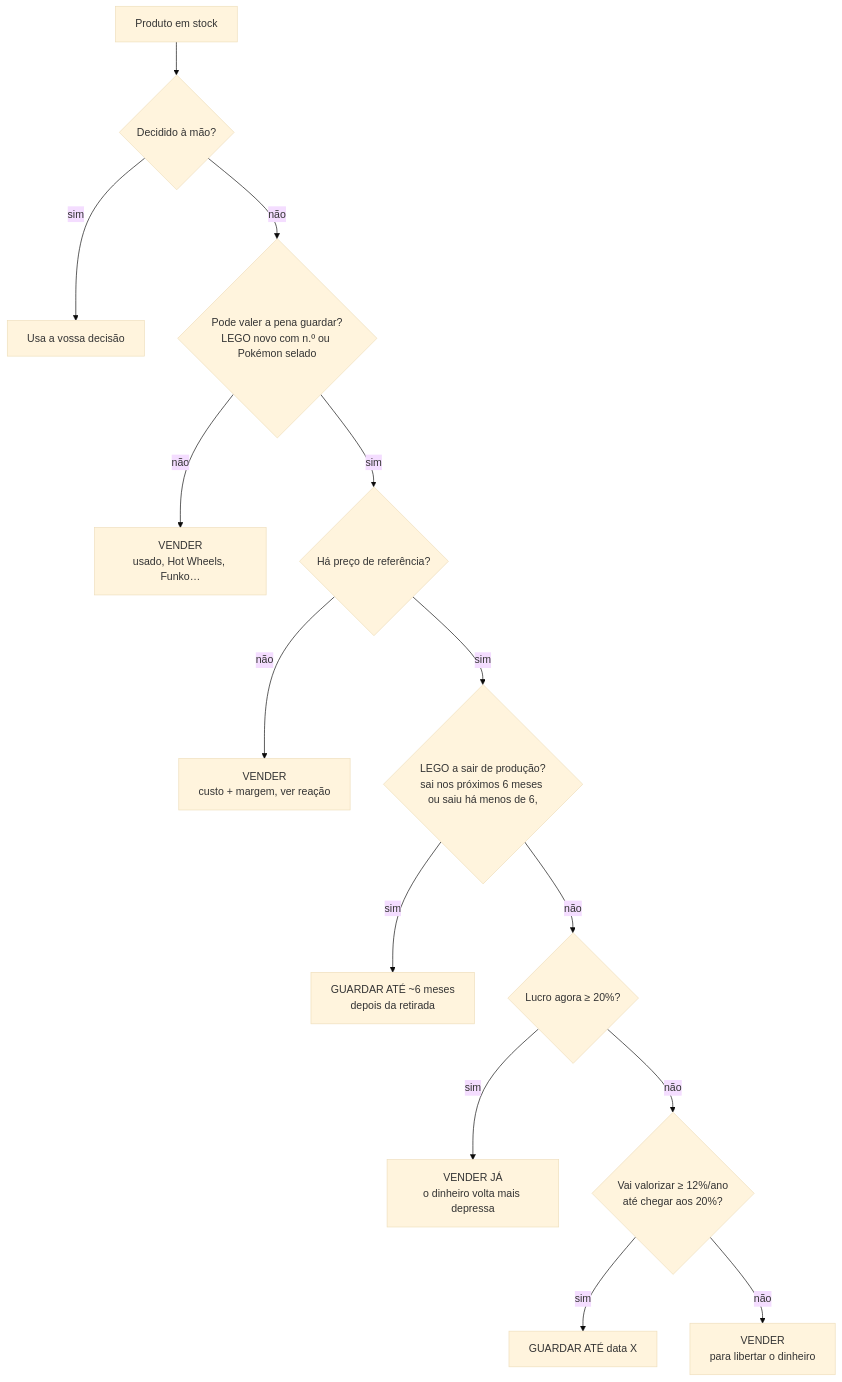
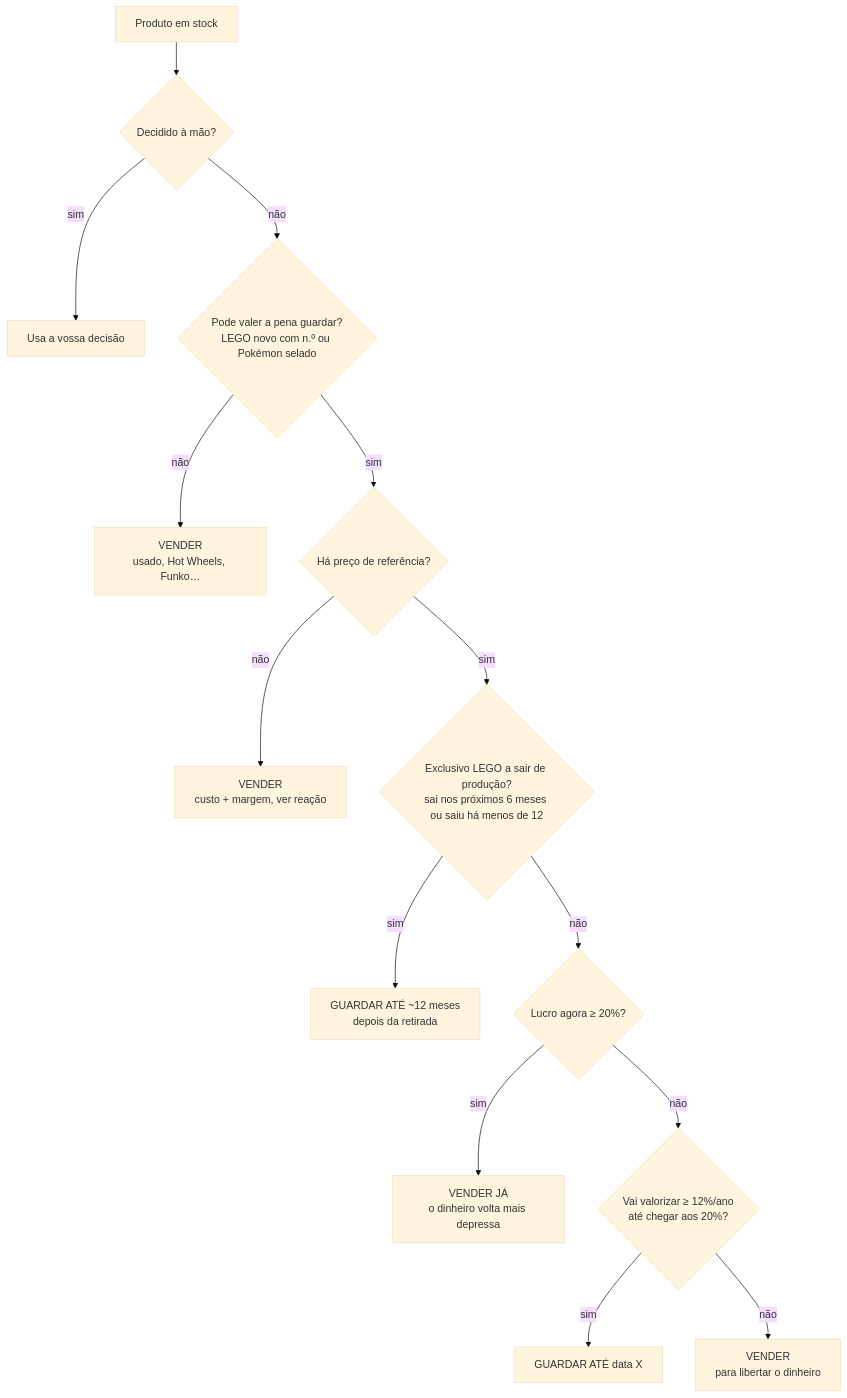
The fourth of 4 diagrams in README.md (RicardoMarquesCardoso/gestao-vinted), drawn with Mermaid (base theme) before and after one commit. The commit also changed other lines of this file and 7 other files, not shown here.

First line of the commit message:
Planos: guardar pela retirada só os exclusivos LEGO, com taxas realistas

````diff
--- a/README.md
+++ b/README.md
@@ -269,16 +269,16 @@
 ```mermaid
 flowchart TD
   A[Produto em stock] --> M{Decidido à mão?}
   M -- sim --> MM[Usa a vossa decisão]
   M -- não --> B{Pode valer a pena guardar?<br/>LEGO novo com n.º ou Pokémon selado}
   B -- não --> V1[VENDER<br/>usado, Hot Wheels, Funko…]
   B -- sim --> R{Há preço de referência?}
   R -- não --> V2[VENDER<br/>custo + margem, ver reação]
-  R -- sim --> W{LEGO a sair de produção?<br/>sai nos próximos 6 meses ou saiu há menos de 6,}
-  W -- sim --> G2[GUARDAR ATÉ ~6 meses<br/>depois da retirada]
+  R -- sim --> W{Exclusivo LEGO a sair de produção?<br/>sai nos próximos 6 meses ou saiu há menos de 12}
+  W -- sim --> G2[GUARDAR ATÉ ~12 meses<br/>depois da retirada]
   W -- não --> L{Lucro agora ≥ 20%?}
   L -- sim --> V3[VENDER JÁ<br/>o dinheiro volta mais depressa]
   L -- não --> P{Vai valorizar ≥ 12%/ano<br/>até chegar aos 20%?}
   P -- sim --> G[GUARDAR ATÉ data X]
   P -- não --> V4[VENDER<br/>para libertar o dinheiro]
 ```
````
